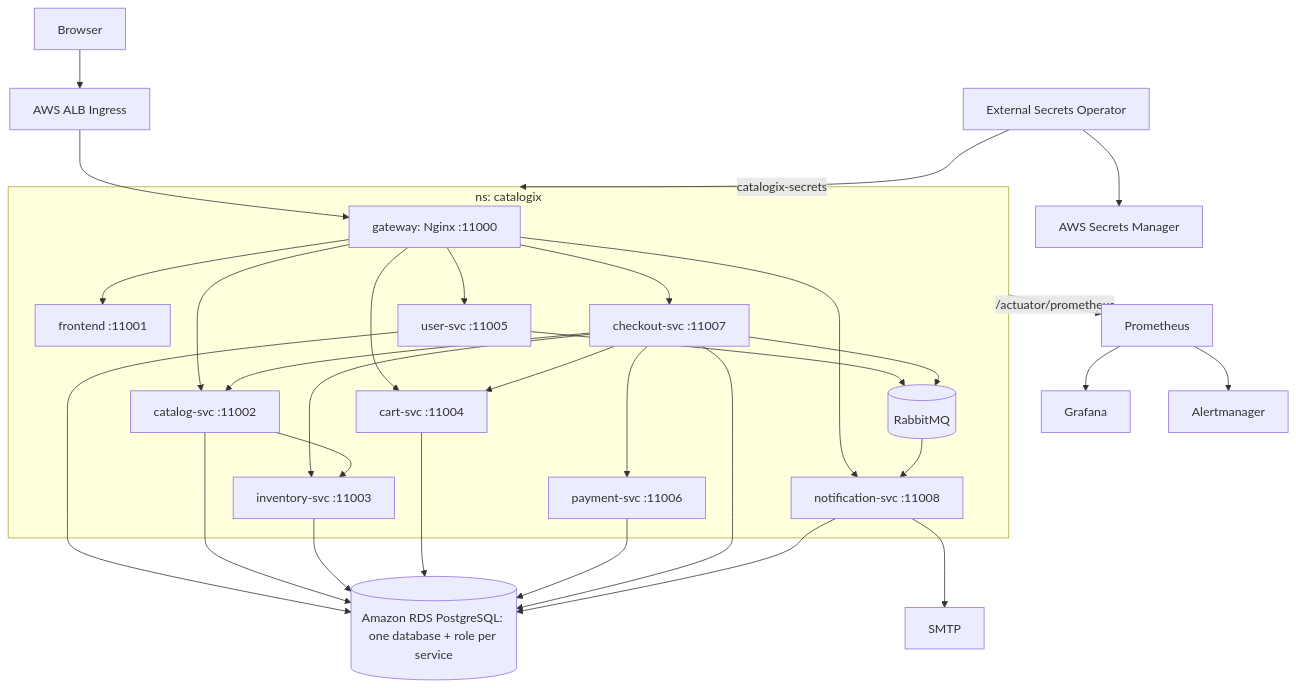
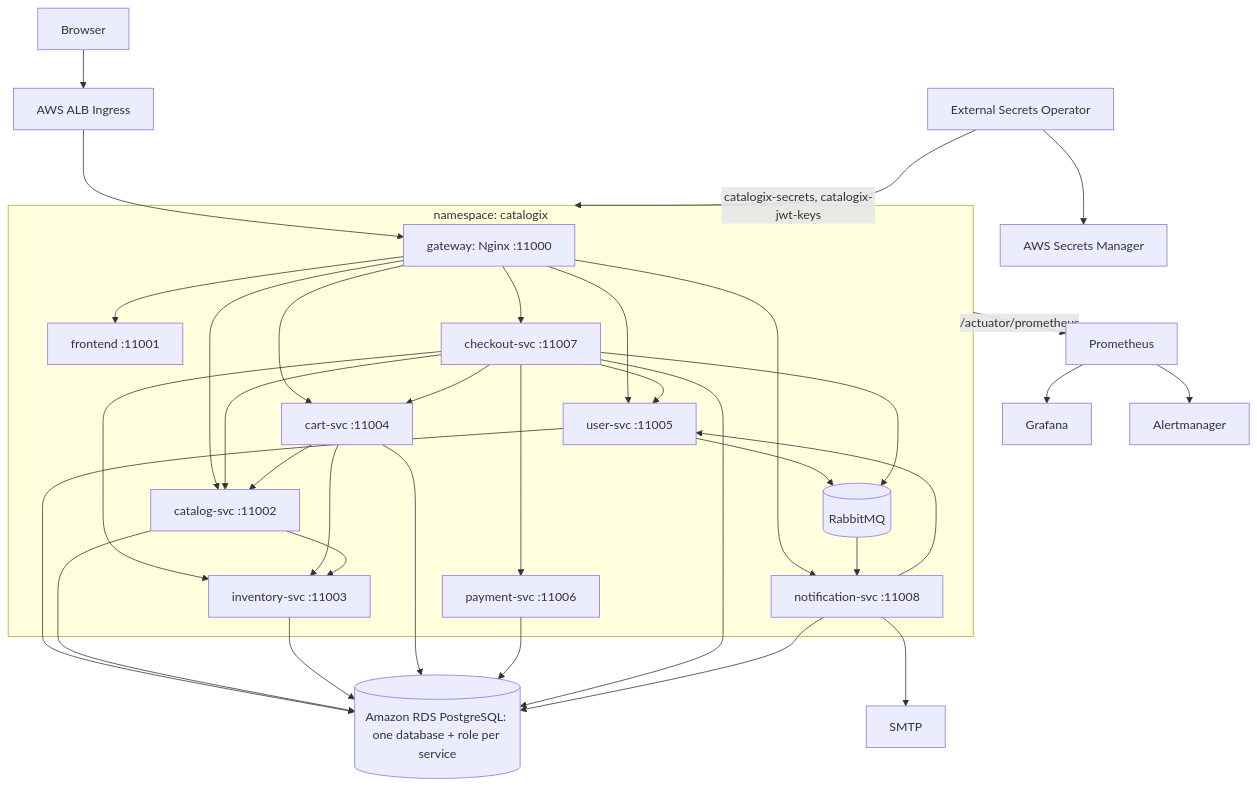
The second of 2 diagrams in README.md (imshubhamkaushik/aws-cicd-devsecops), drawn with Mermaid before and after one commit. The commit also changed other lines of this file and 469 other files, not shown here.

````diff
--- a/README.md
+++ b/README.md
@@ -106,32 +134,36 @@
 ```mermaid
 flowchart TD
     User[Browser] --> ALB[AWS ALB Ingress]
     ALB --> GW[gateway: Nginx :11000]
 
-    subgraph NS["ns: catalogix"]
+    subgraph NS["namespace: catalogix"]
         GW --> FE[frontend :11001]
         GW --> USR[user-svc :11005]
         GW --> CAT[catalog-svc :11002]
         GW --> CART[cart-svc :11004]
         GW --> CHK[checkout-svc :11007]
         GW --> NOT[notification-svc :11008]
         CHK --> CAT
         CHK --> CART
+        CHK --> USR
         CHK --> INV[inventory-svc :11003]
         CHK --> PAY[payment-svc :11006]
+        CART --> CAT
+        CART --> INV
         CAT --> INV
+        NOT --> USR
         MQ[(RabbitMQ)]
         USR --> MQ
         CHK --> MQ
         MQ --> NOT
     end
 
     USR & CAT & INV & CART & PAY & CHK & NOT --> RDS[(Amazon RDS PostgreSQL: one database + role per service)]
     NOT --> SMTP[SMTP]
 
     ESO[External Secrets Operator] --> SM[AWS Secrets Manager]
-    ESO -->|catalogix-secrets| NS
+    ESO -->|catalogix-secrets, catalogix-jwt-keys| NS
     NS -->|/actuator/prometheus| Prom[Prometheus]
     Prom --> Graf[Grafana]
     Prom --> AM[Alertmanager]
 ```
````
